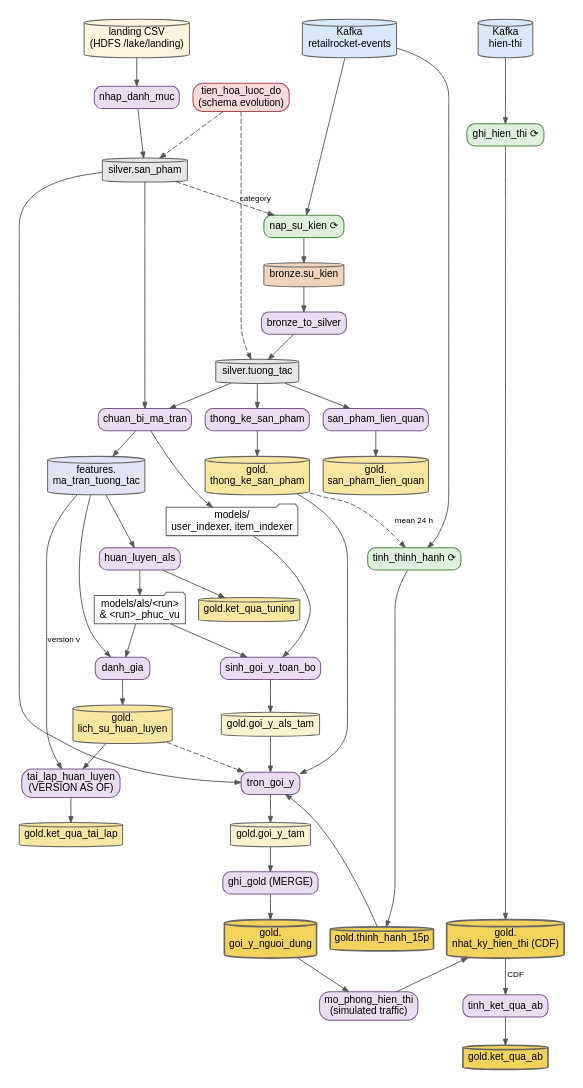
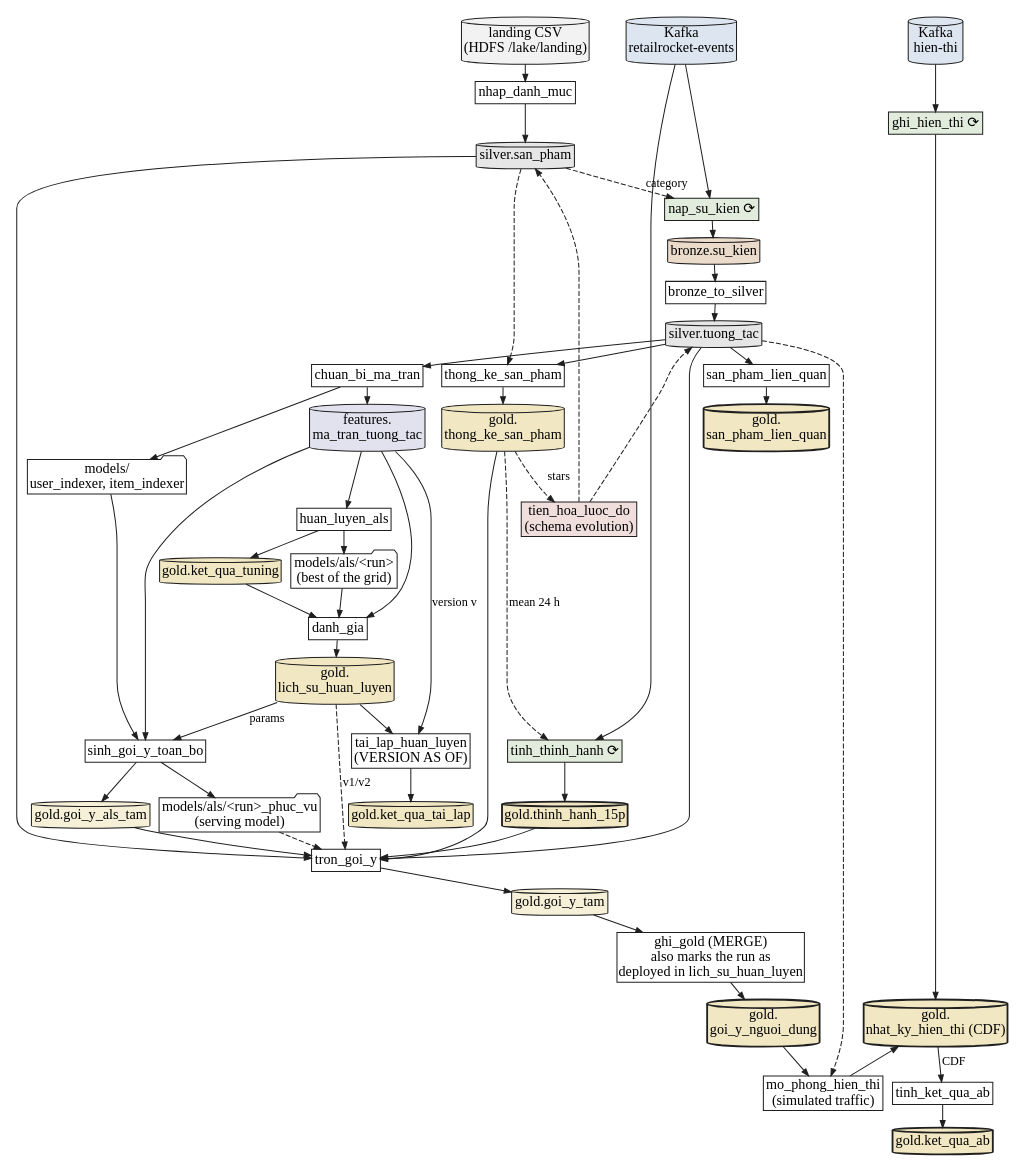
The diagram in bao_cao/hinh/f04_dong_du_lieu.dot (chitam31/CS411V_Final-Project_Ecommerce-Recommender-System), drawn with Graphviz before and after one commit. The commit also changed 41 other files, not shown here.

```diff
--- a/bao_cao/hinh/f04_dong_du_lieu.dot
+++ b/bao_cao/hinh/f04_dong_du_lieu.dot
@@ -1,61 +1,74 @@
+// Dòng dữ liệu cấp bảng: job (hộp) và bảng (trụ). Cạnh lấy từ các lệnh doc_delta / ghi_delta
+// / MERGE trong jobs/; nét đứt = đọc phụ (thuộc tính, phiên bản, cập nhật trạng thái).
 digraph G {
-  graph [rankdir=TB, fontname="Liberation Sans", nodesep=0.18, ranksep=0.32, splines=true, pad=0.15, newrank=true];
-  node  [fontname="Liberation Sans", fontsize=10, margin="0.08,0.04", height=0.3];
-  edge  [color="#555555", arrowsize=0.6, penwidth=0.9, fontname="Liberation Sans"];
-  node [shape=cylinder, style=filled, color="#666666"];
-  csv  [label="landing CSV\n(HDFS /lake/landing)", fillcolor="#FFF4DE"];
-  kev  [label="Kafka\nretailrocket-events", fillcolor="#D9E8F8"];
-  khi  [label="Kafka\nhien-thi", fillcolor="#D9E8F8"];
-  br   [label="bronze.su_kien", fillcolor="#F2D3BC"];
+  graph [rankdir=TB, fontname="Liberation Serif", nodesep=0.12, ranksep=0.22, splines=true, pad=0.12, newrank=true];
+  node  [fontname="Liberation Serif", fontsize=14, margin="0.06,0.03", height=0.3, penwidth=1.0, color="#1F1F1F"];
+  edge  [color="#1F1F1F", arrowsize=0.7, penwidth=1.0, fontname="Liberation Serif Italic", fontsize=12];
+
+  node [shape=cylinder, style=filled];
+  csv  [label="landing CSV\n(HDFS /lake/landing)", fillcolor="#F2F2F2"];
+  kev  [label="Kafka\nretailrocket-events", fillcolor="#DCE5F0"];
+  khi  [label="Kafka\nhien-thi", fillcolor="#DCE5F0"];
+  br   [label="bronze.su_kien", fillcolor="#EADBCB"];
   svt  [label="silver.tuong_tac", fillcolor="#E6E6E6"];
   svp  [label="silver.san_pham", fillcolor="#E6E6E6"];
-  ft   [label="features.\nma_tran_tuong_tac", fillcolor="#E3E3F6"];
-  idx  [label="models/\nuser_indexer, item_indexer", fillcolor="#FFFFFF", shape=folder];
-  als  [label="models/als/<run>\n& <run>_phuc_vu", fillcolor="#FFFFFF", shape=folder];
-  tk   [label="gold.\nthong_ke_san_pham", fillcolor="#F8E7A1"];
-  lq   [label="gold.\nsan_pham_lien_quan", fillcolor="#F8E7A1"];
-  tun  [label="gold.ket_qua_tuning", fillcolor="#F8E7A1"];
-  ls   [label="gold.\nlich_su_huan_luyen", fillcolor="#F8E7A1"];
-  gat  [label="gold.goi_y_als_tam", fillcolor="#FBF3D0"];
-  gt   [label="gold.goi_y_tam", fillcolor="#FBF3D0"];
-  gg   [label="gold.\ngoi_y_nguoi_dung", fillcolor="#F3D35B", penwidth=1.6];
-  th   [label="gold.thinh_hanh_15p", fillcolor="#F3D35B", penwidth=1.6];
-  nk   [label="gold.\nnhat_ky_hien_thi (CDF)", fillcolor="#F3D35B", penwidth=1.6];
-  ab   [label="gold.ket_qua_ab", fillcolor="#F3D35B", penwidth=1.6];
-  tl   [label="gold.ket_qua_tai_lap", fillcolor="#F8E7A1"];
-  node [shape=box, style="rounded,filled", fillcolor="#EADCF1", color="#7A5A8A"];
+  ft   [label="features.\nma_tran_tuong_tac", fillcolor="#E2E1EE"];
+  tk   [label="gold.\nthong_ke_san_pham", fillcolor="#F1E7C2"];
+  lq   [label="gold.\nsan_pham_lien_quan", fillcolor="#F1E7C2", penwidth=1.8];
+  tun  [label="gold.ket_qua_tuning", fillcolor="#F1E7C2"];
+  ls   [label="gold.\nlich_su_huan_luyen", fillcolor="#F1E7C2"];
+  gat  [label="gold.goi_y_als_tam", fillcolor="#F6F0D8"];
+  gt   [label="gold.goi_y_tam", fillcolor="#F6F0D8"];
+  gg   [label="gold.\ngoi_y_nguoi_dung", fillcolor="#F1E7C2", penwidth=1.8];
+  th   [label="gold.thinh_hanh_15p", fillcolor="#F1E7C2", penwidth=1.8];
+  nk   [label="gold.\nnhat_ky_hien_thi (CDF)", fillcolor="#F1E7C2", penwidth=1.8];
+  ab   [label="gold.ket_qua_ab", fillcolor="#F1E7C2", penwidth=1.8];
+  tl   [label="gold.ket_qua_tai_lap", fillcolor="#F1E7C2"];
+
+  node [shape=folder, style=filled, fillcolor="#FFFFFF"];
+  idx  [label="models/\nuser_indexer, item_indexer"];
+  als  [label="models/als/<run>\n(best of the grid)"];
+  alp  [label="models/als/<run>_phuc_vu\n(serving model)"];
+
+  node [shape=box, style=filled, fillcolor="#FFFFFF"];
   j_dm [label="nhap_danh_muc"];
-  j_nap[label="nap_su_kien ⟳", fillcolor="#DCF0DC", color="#4E8A4E"];
+  j_nap[label="nap_su_kien ⟳", fillcolor="#E1ECDD"];
   j_bs [label="bronze_to_silver"];
   j_tk [label="thong_ke_san_pham"];
   j_lq [label="san_pham_lien_quan"];
   j_cb [label="chuan_bi_ma_tran"];
   j_hl [label="huan_luyen_als"];
   j_dg [label="danh_gia"];
   j_sg [label="sinh_goi_y_toan_bo"];
   j_tr [label="tron_goi_y"];
-  j_gg [label="ghi_gold (MERGE)"];
-  j_th [label="tinh_thinh_hanh ⟳", fillcolor="#DCF0DC", color="#4E8A4E"];
-  j_ht [label="ghi_hien_thi ⟳", fillcolor="#DCF0DC", color="#4E8A4E"];
+  j_gg [label="ghi_gold (MERGE)\nalso marks the run as\ndeployed in lich_su_huan_luyen"];
+  j_th [label="tinh_thinh_hanh ⟳", fillcolor="#E1ECDD"];
+  j_ht [label="ghi_hien_thi ⟳", fillcolor="#E1ECDD"];
   j_mp [label="mo_phong_hien_thi\n(simulated traffic)"];
   j_ab [label="tinh_ket_qua_ab"];
   j_tl [label="tai_lap_huan_luyen\n(VERSION AS OF)"];
-  j_ev [label="tien_hoa_luoc_do\n(schema evolution)", fillcolor="#FBDADA", color="#B04A4A"];
+  j_ev [label="tien_hoa_luoc_do\n(schema evolution)", fillcolor="#F0DEDC"];
 
   csv -> j_dm -> svp;
-  kev -> j_nap -> br; svp -> j_nap [style=dashed, label=" category", fontsize=8];
+  kev -> j_nap -> br; svp -> j_nap [style=dashed, label=" category"];
   br -> j_bs -> svt;
-  svt -> j_tk -> tk; svt -> j_lq -> lq;
-  svt -> j_cb; svp -> j_cb; j_cb -> ft; j_cb -> idx;
-  ft -> j_hl -> tun; j_hl -> als;
-  ft -> j_dg; als -> j_dg; j_dg -> ls;
-  als -> j_sg; idx -> j_sg; j_sg -> gat;
-  gat -> j_tr; tk -> j_tr; th -> j_tr; svp -> j_tr; ls -> j_tr [style=dashed]; j_tr -> gt -> j_gg -> gg;
-  kev -> j_th -> th; tk -> j_th [style=dashed, label=" mean 24 h", fontsize=8];
-  khi -> j_ht -> nk; gg -> j_mp -> nk;
-  nk -> j_ab [label=" CDF", fontsize=8]; j_ab -> ab;
-  ft -> j_tl [label=" version v", fontsize=8]; ls -> j_tl; j_tl -> tl;
-  j_ev -> svt [style=dashed]; j_ev -> svp [style=dashed];
+  svt -> j_tk -> tk; svp -> j_tk [style=dashed];
+  svt -> j_lq -> lq;
+  svt -> j_cb; j_cb -> ft; j_cb -> idx;
+  ft -> j_hl; j_hl -> tun; j_hl -> als;
+  tun -> j_dg; ft -> j_dg; als -> j_dg; j_dg -> ls;
+  ls -> j_sg [label=" params"]; ft -> j_sg; idx -> j_sg; j_sg -> alp; j_sg -> gat;
+  gat -> j_tr; tk -> j_tr; th -> j_tr; svp -> j_tr; svt -> j_tr; alp -> j_tr [style=dashed];
+  ls -> j_tr [style=dashed, label=" v1/v2"];
+  j_tr -> gt -> j_gg -> gg;
+  kev -> j_th -> th; tk -> j_th [style=dashed, label=" mean 24 h"];
+  khi -> j_ht -> nk; gg -> j_mp -> nk; svt -> j_mp [style=dashed];
+  nk -> j_ab [label=" CDF"]; j_ab -> ab;
+  ft -> j_tl [label=" version v"]; ls -> j_tl; j_tl -> tl;
+  tk -> j_ev [style=dashed, label=" stars"]; j_ev -> svt [style=dashed]; j_ev -> svp [style=dashed];
   {rank=same; csv; kev; khi;}
-  {rank=same; gg; th; nk;}
+  {rank=same; j_tk; j_lq; j_cb;}
+  {rank=same; j_th; j_sg;}
+  {rank=same; th; gat;}
+  {rank=same; gg; nk;}
 }
```
